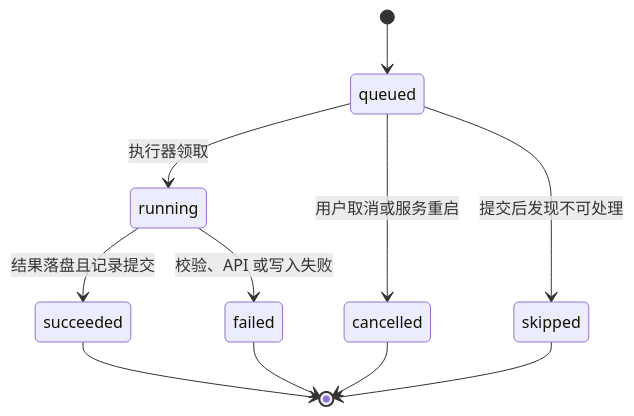
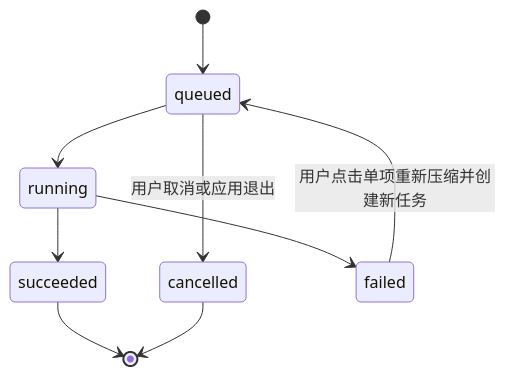
One commit to daiweidw/image-compression-automation changed the second of 2 diagrams in docs/technical-architecture.md. Above: the diagram before and after it, drawn with Mermaid. The commit also changed other lines of this file and 59 other files, not shown here.

````diff
--- a/docs/technical-architecture.md
+++ b/docs/technical-architecture.md
@@ -667,13 +104,11 @@
 ```mermaid
 stateDiagram-v2
     [*] --> queued
-    queued --> running: 执行器领取
-    queued --> cancelled: 用户取消或服务重启
-    queued --> skipped: 提交后发现不可处理
-    running --> succeeded: 结果落盘且记录提交
-    running --> failed: 校验、API 或写入失败
+    queued --> running
+    queued --> cancelled: 用户取消或应用退出
+    running --> succeeded
+    running --> failed
+    failed --> queued: 用户点击单项重新压缩并创建新任务
     succeeded --> [*]
-    failed --> [*]
     cancelled --> [*]
-    skipped --> [*]
 ```
````
